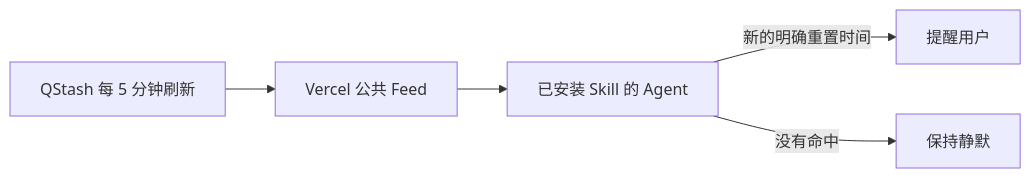
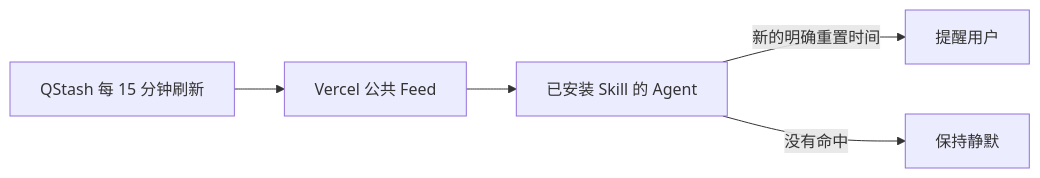
The diagram in README.md (Simon727/tibo_reset_reminder_skill), drawn with Mermaid before and after one commit. The commit also changed other lines of this file, not shown here.

````diff
--- a/README.md
+++ b/README.md
@@ -69,7 +69,7 @@
 ```mermaid
 flowchart LR
-    A["QStash 每 5 分钟刷新"] --> B["Vercel 公共 Feed"]
+    A["QStash 每 15 分钟刷新"] --> B["Vercel 公共 Feed"]
     B --> C["已安装 Skill 的 Agent"]
     C -->|新的明确重置时间| D["提醒用户"]
     C -->|没有命中| E["保持静默"]
 ```
````
